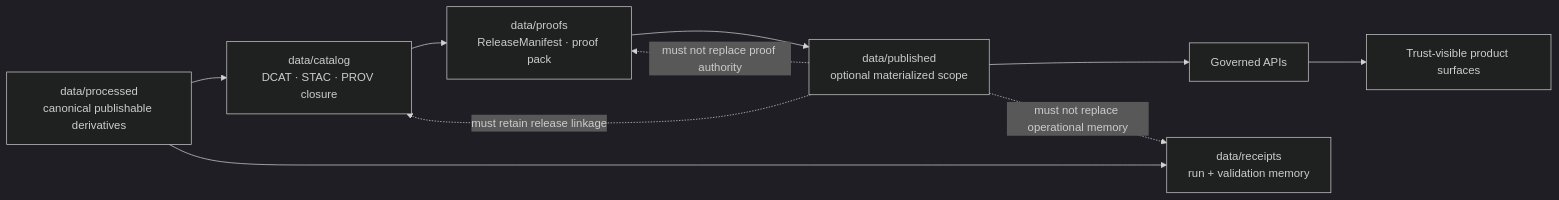
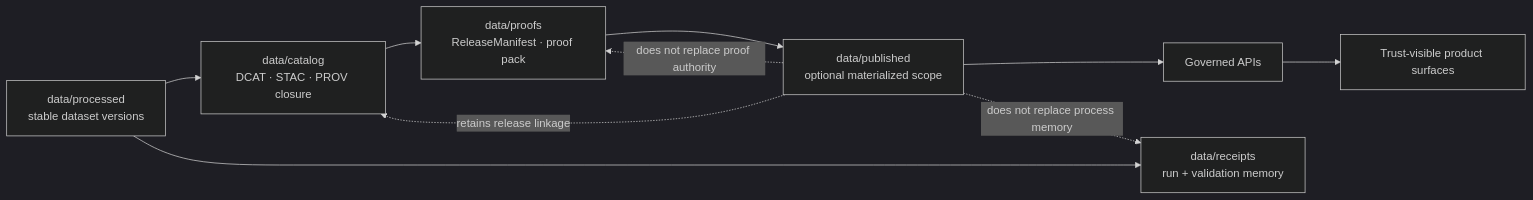
One commit to bartytime4life/Kansas-Frontier-Matrix changed the diagram in data/published/README.md. Above: the diagram before and after it, drawn with Mermaid (dark theme). The commit also changed other lines of this file, not shown here.

````diff
--- a/data/published/README.md
+++ b/data/published/README.md
@@ -249,21 +279,21 @@
 ```mermaid
 flowchart LR
-    P[data/processed<br/>canonical publishable derivatives]
+    P[data/processed<br/>stable dataset versions]
     C[data/catalog<br/>DCAT · STAC · PROV closure]
     R[data/proofs<br/>ReleaseManifest · proof pack]
     M[data/receipts<br/>run + validation memory]
     U[data/published<br/>optional materialized scope]
     A[Governed APIs]
     S[Trust-visible product surfaces]
 
     P --> C
     P --> M
     C --> R
     R --> U
     U --> A
     A --> S
 
-    U -. must retain release linkage .-> C
-    U -. must not replace proof authority .-> R
-    U -. must not replace operational memory .-> M
+    U -. retains release linkage .-> C
+    U -. does not replace proof authority .-> R
+    U -. does not replace process memory .-> M
 ```
````
